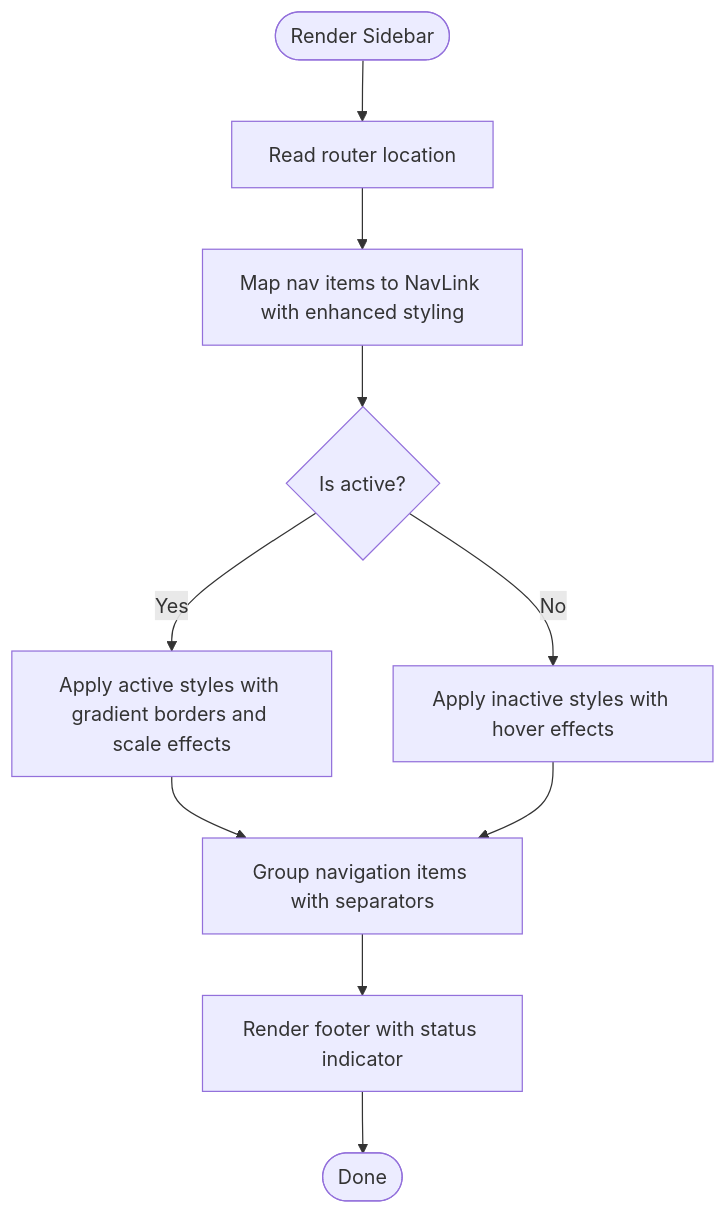
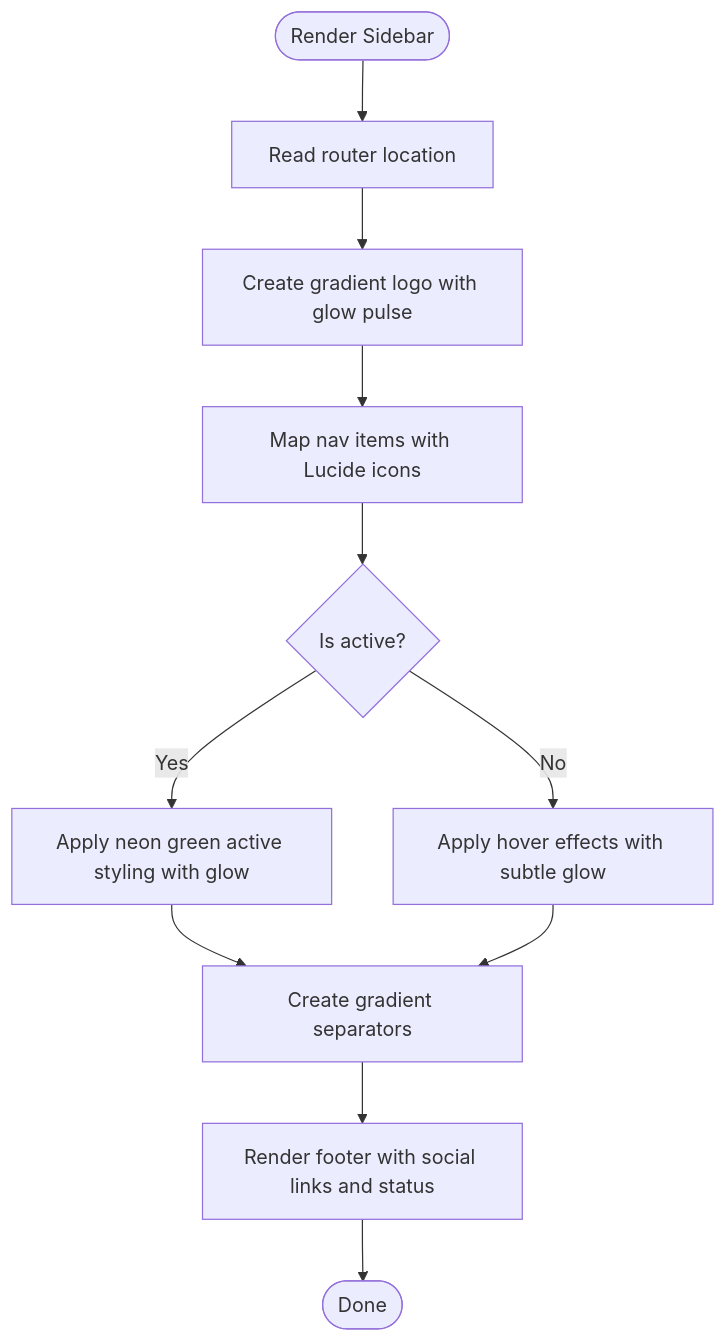
Before and after one commit to RunTimeAdmin/InfraWatch: the fifth of 19 diagrams in .qoder/repowiki/en/content/Frontend Architecture/Component Architecture.md, drawn with Mermaid. The commit also changed other lines of this file and 12 other files, not shown here.

````diff
--- a/.qoder/repowiki/en/content/Frontend Architecture/Component Architecture.md
+++ b/.qoder/repowiki/en/content/Frontend Architecture/Component Architecture.md
@@ -287,12 +291,13 @@
 ```mermaid
 flowchart TD
 Start(["Render Sidebar"]) --> ReadLoc["Read router location"]
-ReadLoc --> MapNav["Map nav items to NavLink with enhanced styling"]
+ReadLoc --> CreateLogo["Create gradient logo with glow pulse"]
+CreateLogo --> MapNav["Map nav items with Lucide icons"]
 MapNav --> IsActive{"Is active?"}
-IsActive --> |Yes| ApplyActive["Apply active styles with gradient borders and scale effects"]
-IsActive --> |No| ApplyInactive["Apply inactive styles with hover effects"]
-ApplyActive --> GroupNav["Group navigation items with separators"]
-ApplyInactive --> GroupNav
-GroupNav --> Footer["Render footer with status indicator"]
+IsActive --> |Yes| ApplyActive["Apply neon green active styling with glow"]
+IsActive --> |No| ApplyInactive["Apply hover effects with subtle glow"]
+ApplyActive --> CreateSeparators["Create gradient separators"]
+ApplyInactive --> CreateSeparators
+CreateSeparators --> Footer["Render footer with social links and status"]
 Footer --> End(["Done"])
 ```
````
